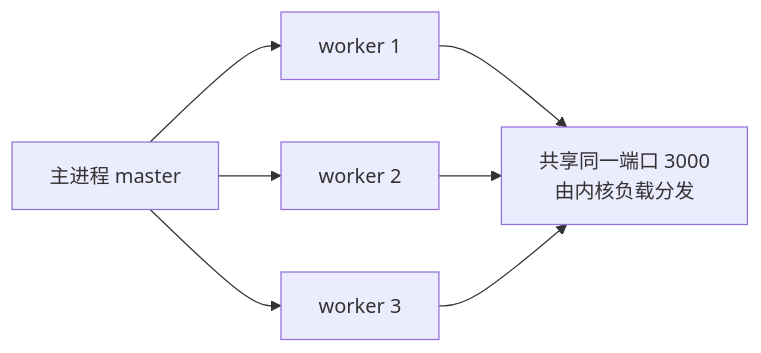
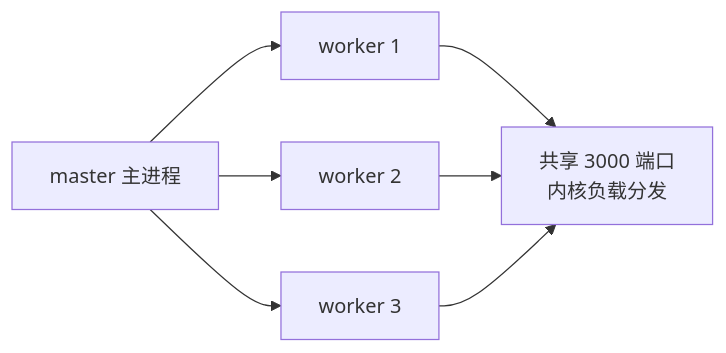
One commit to inspire-man/frontend-knowledge-base changed the diagram in frontend-knowledge-base/卷九-Node.js与运行时/9.5-部署与运维.md. Above: the diagram before and after it, drawn with Mermaid. The commit also changed other lines of this file and 5 other files, not shown here.

````diff
--- a/frontend-knowledge-base/卷九-Node.js与运行时/9.5-部署与运维.md
+++ b/frontend-knowledge-base/卷九-Node.js与运行时/9.5-部署与运维.md
@@ -36,7 +28,7 @@
 ```mermaid
 flowchart LR
-    A[主进程 master] --> B[worker 1]
+    A[master 主进程] --> B[worker 1]
     A --> C[worker 2]
     A --> D[worker 3]
-    B & C & D --> E[共享同一端口 3000<br/>由内核负载分发]
+    B & C & D --> E[共享 3000 端口<br/>内核负载分发]
 ```
````
